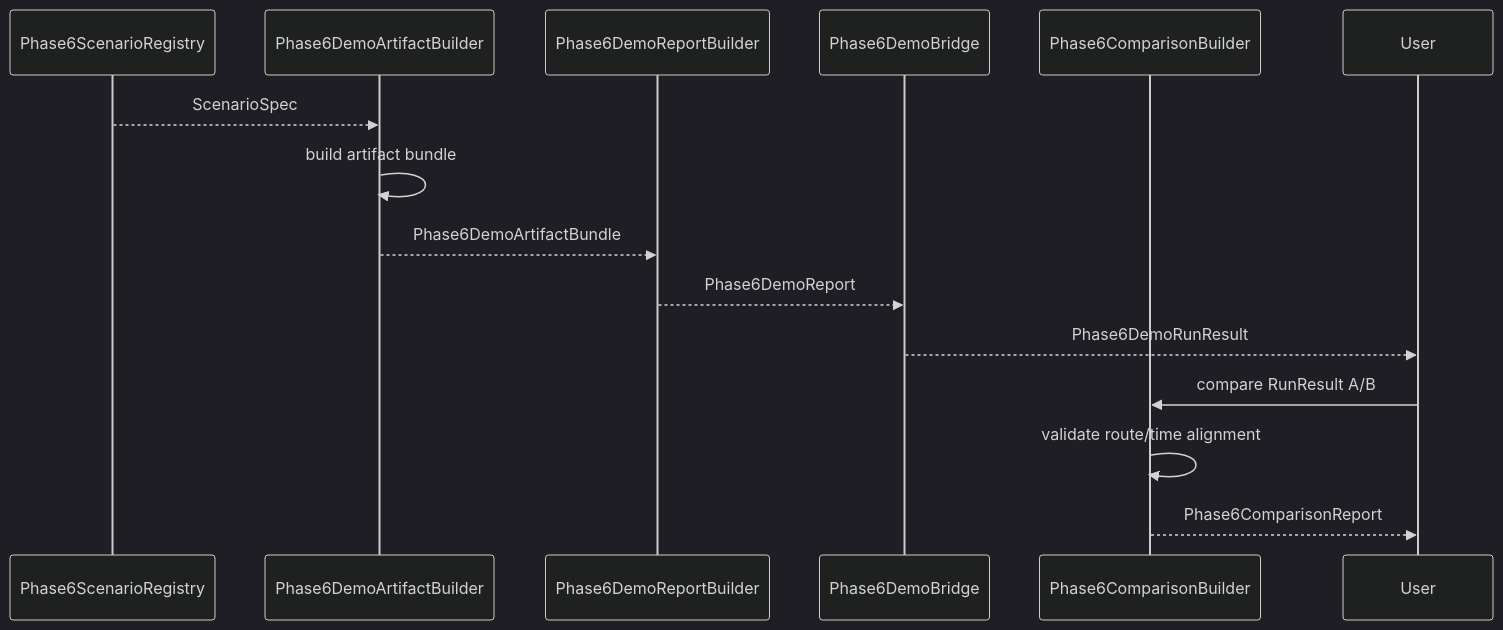
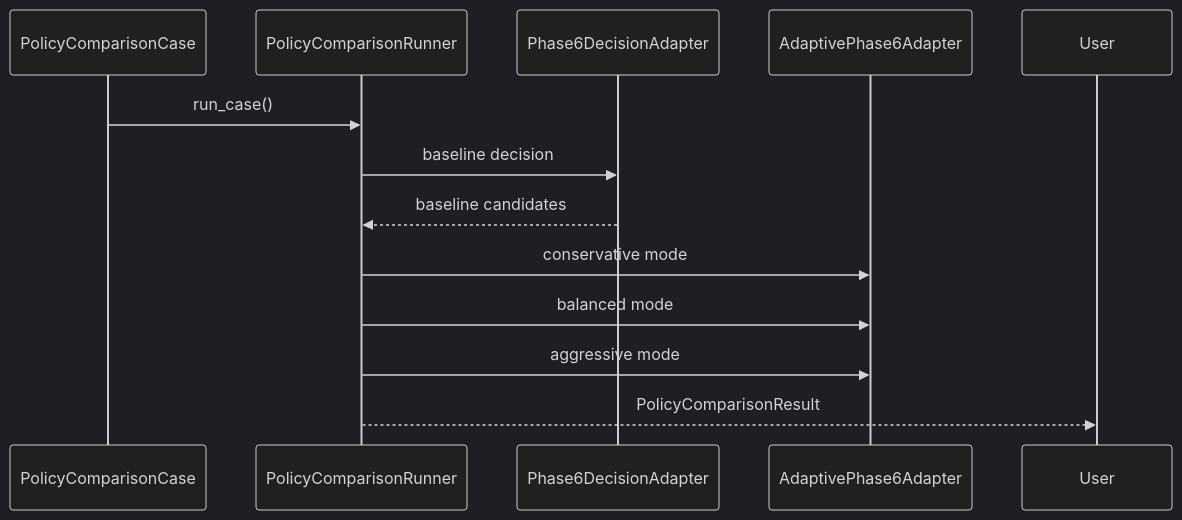
Before and after one commit to leozzmc/AetherNet: the third of 4 diagrams in docs/system-sequence.md, drawn with Mermaid (dark theme). The commit also changed other lines of this file and 6 other files, not shown here.

````diff
--- a/docs/system-sequence.md
+++ b/docs/system-sequence.md
@@ -57,18 +148,18 @@
 ```mermaid
 sequenceDiagram
-    participant Reg as Phase6ScenarioRegistry
-    participant ArtB as Phase6DemoArtifactBuilder
-    participant RepB as Phase6DemoReportBuilder
-    participant Bridge as Phase6DemoBridge
-    participant Comp as Phase6ComparisonBuilder
+    participant Case as PolicyComparisonCase
+    participant Runner as PolicyComparisonRunner
+    participant Base as Phase6DecisionAdapter
+    participant Adaptive as AdaptivePhase6Adapter
 
-    Reg-->>ArtB: ScenarioSpec
-    ArtB->>ArtB: build artifact bundle
-    ArtB-->>RepB: Phase6DemoArtifactBundle
-    RepB-->>Bridge: Phase6DemoReport
-    Bridge-->>User: Phase6DemoRunResult
+    Case->>Runner: run_case()
 
-    User->>Comp: compare RunResult A/B
-    Comp->>Comp: validate route/time alignment
-    Comp-->>User: Phase6ComparisonReport
+    Runner->>Base: baseline decision
+    Base-->>Runner: baseline candidates
+
+    Runner->>Adaptive: conservative mode
+    Runner->>Adaptive: balanced mode
+    Runner->>Adaptive: aggressive mode
+
+    Runner-->>User: PolicyComparisonResult
 ```
````
